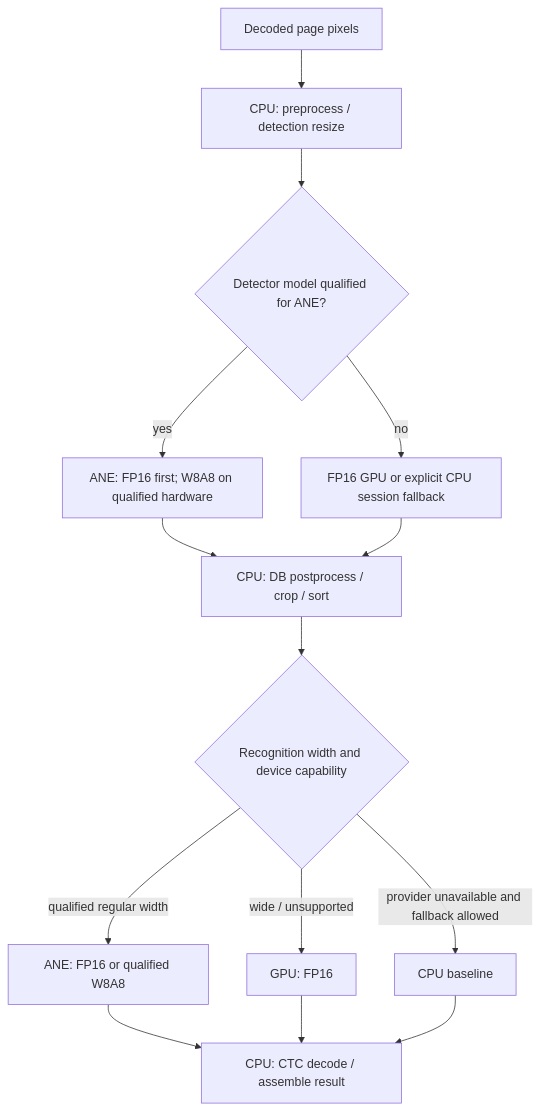
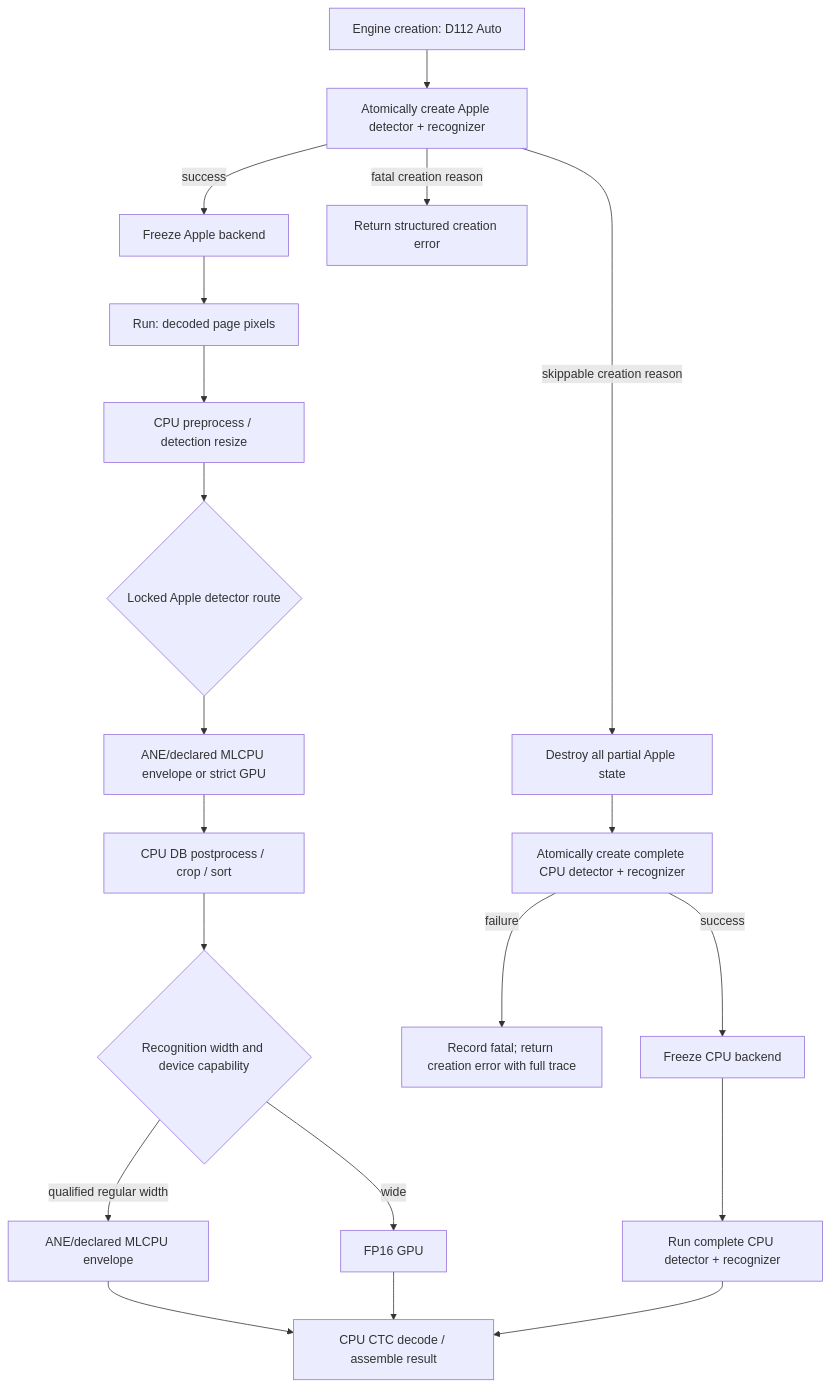
Before and after one commit to CrazyForks/light-ocr: the diagram in docs/apple-device-acceleration.md, drawn with Mermaid. The commit also changed other lines of this file and 4 other files, not shown here.

````diff
--- a/docs/apple-device-acceleration.md
+++ b/docs/apple-device-acceleration.md
@@ -26,16 +26,23 @@
 ```mermaid
 flowchart TD
-    Input["Decoded page pixels"] --> CPUPre["CPU: preprocess / detection resize"]
-    CPUPre --> DetRoute{"Detector model qualified for ANE?"}
-    DetRoute -->|"yes"| DetANE["ANE: FP16 first; W8A8 on qualified hardware"]
-    DetRoute -->|"no"| DetFallback["FP16 GPU or explicit CPU session fallback"]
-    DetANE --> CPUPost["CPU: DB postprocess / crop / sort"]
-    DetFallback --> CPUPost
+    Create["Engine creation: D112 Auto"] --> AppleCreate["Atomically create Apple detector + recognizer"]
+    AppleCreate -->|"success"| FreezeApple["Freeze Apple backend"]
+    AppleCreate -->|"skippable creation reason"| Destroy["Destroy all partial Apple state"]
+    AppleCreate -->|"fatal creation reason"| Fail["Return structured creation error"]
+    Destroy --> CPUCreate["Atomically create complete CPU detector + recognizer"]
+    CPUCreate -->|"success"| FreezeCPU["Freeze CPU backend"]
+    CPUCreate -->|"failure"| Exhausted["Record fatal; return creation error with full trace"]
+
+    FreezeApple --> Input["Run: decoded page pixels"]
+    Input --> CPUPre["CPU preprocess / detection resize"]
+    CPUPre --> DetRoute{"Locked Apple detector route"}
+    DetRoute --> DetANE["ANE/declared MLCPU envelope or strict GPU"]
+    DetANE --> CPUPost["CPU DB postprocess / crop / sort"]
     CPUPost --> RecRoute{"Recognition width and device capability"}
-    RecRoute -->|"qualified regular width"| RecANE["ANE: FP16 or qualified W8A8"]
-    RecRoute -->|"wide / unsupported"| RecGPU["GPU: FP16"]
-    RecRoute -->|"provider unavailable and fallback allowed"| RecCPU["CPU baseline"]
-    RecANE --> Decode["CPU: CTC decode / assemble result"]
+    RecRoute -->|"qualified regular width"| RecANE["ANE/declared MLCPU envelope"]
+    RecRoute -->|"wide"| RecGPU["FP16 GPU"]
+    RecANE --> Decode["CPU CTC decode / assemble result"]
     RecGPU --> Decode
-    RecCPU --> Decode
+    FreezeCPU --> CPURun["Run complete CPU detector + recognizer"]
+    CPURun --> Decode
 ```
````
